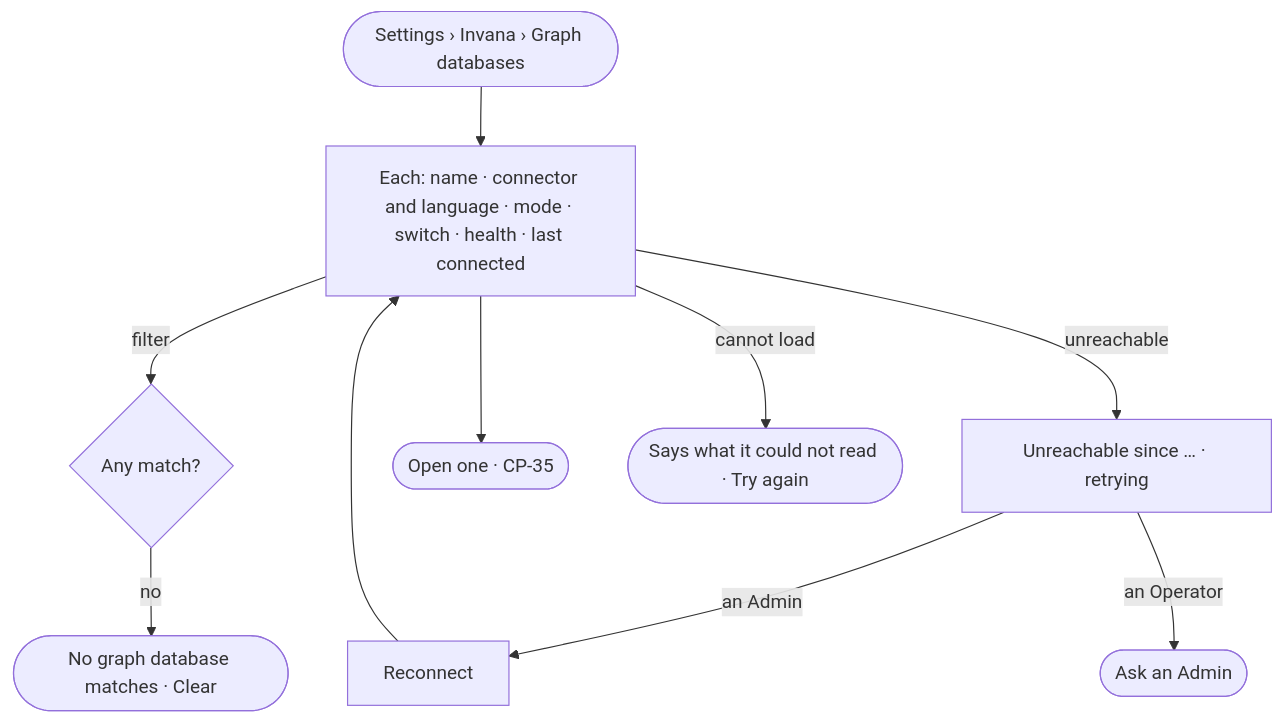
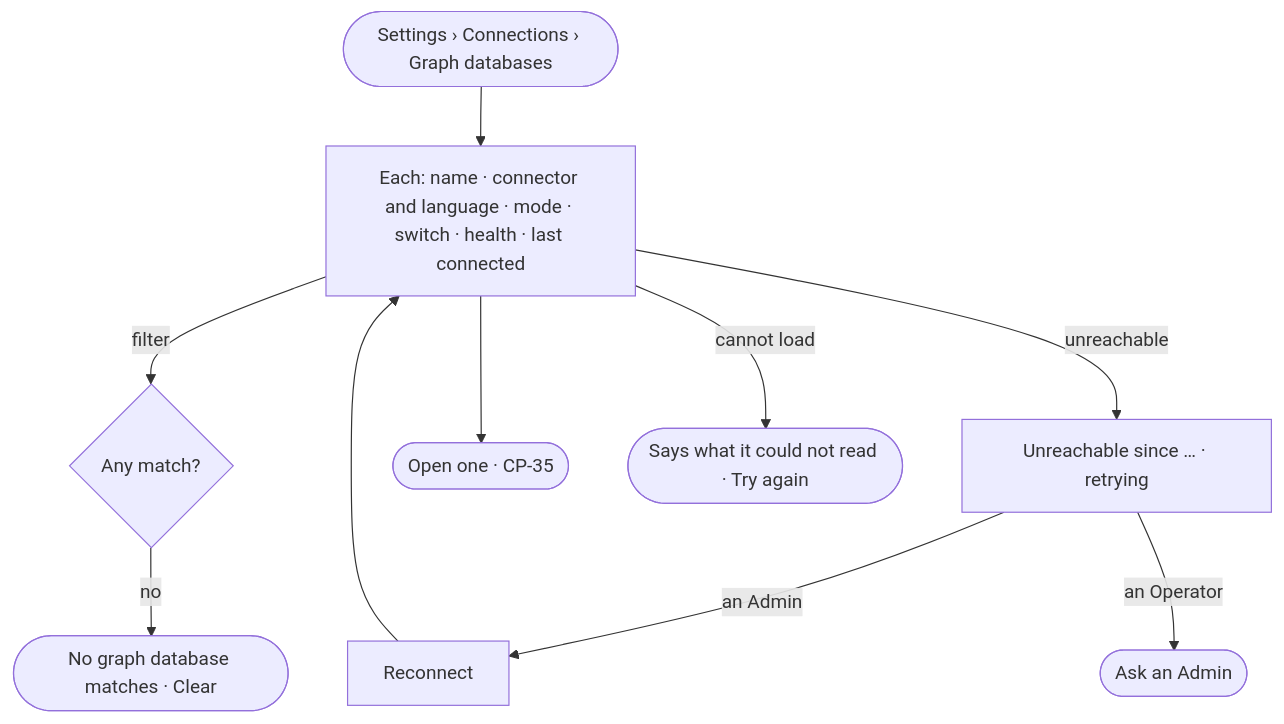
Before and after one commit to invana/invana: the diagram in specs/os/control/features/CP-F05-graph-databases/stories/CP-40-see-every-graph-database-and-its-health/story.md, drawn with Mermaid. The commit also changed 106 other files, not shown here.

````diff
--- a/specs/os/control/features/CP-F05-graph-databases/stories/CP-40-see-every-graph-database-and-its-health/story.md
+++ b/specs/os/control/features/CP-F05-graph-databases/stories/CP-40-see-every-graph-database-and-its-health/story.md
@@ -26,11 +26,11 @@
 ```mermaid
 flowchart TD
-  s([Settings › Invana › Graph databases]) --> l["Each: name · connector and language · mode · switch · health · last connected"]
+  s([Settings › Connections › Graph databases]) --> l["Each: name · connector and language · mode · switch · health · last connected"]
   l -->|filter| fl{"Any match?"}
   fl -->|no| nm(["No graph database matches · Clear"])
   l -->|unreachable| un["Unreachable since … · retrying"]
   un -->|an Admin| rc["Reconnect"] --> l
   un -->|an Operator| ask(["Ask an Admin"])
   l --> op(["Open one · CP-35"])
   l -->|cannot load| fail(["Says what it could not read · Try again"])
 ```
````
